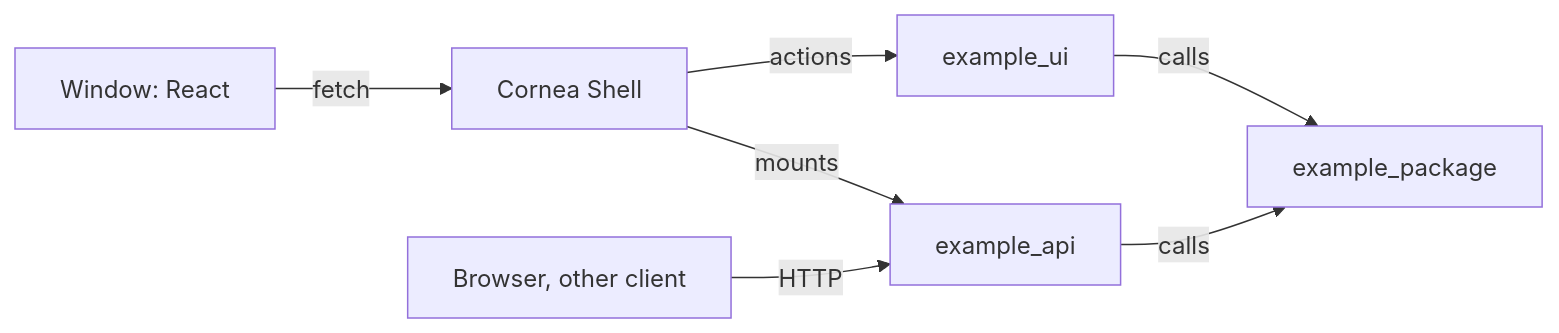
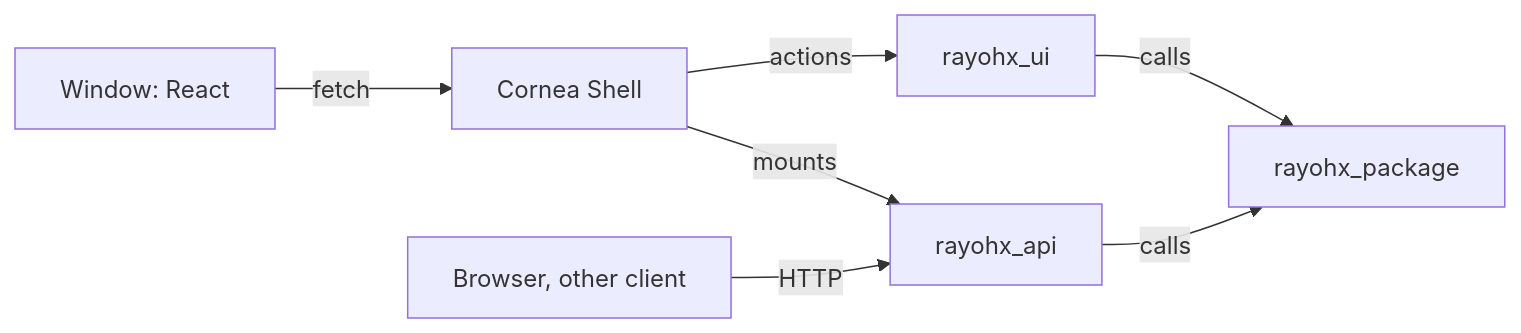
The third of 3 diagrams in docs/architecture.md (coldsofttech/RayoHX-Desktop), drawn with Mermaid before and after one commit. The commit also changed other lines of this file and 93 other files, not shown here.

````diff
--- a/docs/architecture.md
+++ b/docs/architecture.md
@@ -62,9 +62,9 @@
 ```mermaid
 flowchart LR
     W[Window: React] -->|fetch| S[Cornea Shell]
-    S -->|mounts| A[example_api]
-    S -->|actions| U[example_ui]
+    S -->|mounts| A[rayohx_api]
+    S -->|actions| U[rayohx_ui]
     B[Browser, other client] -->|HTTP| A
-    A -->|calls| L[example_package]
+    A -->|calls| L[rayohx_package]
     U -->|calls| L
 ```
````
